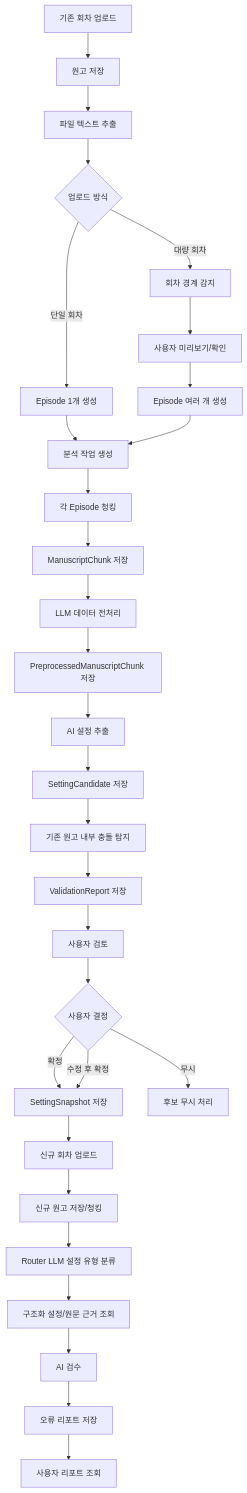
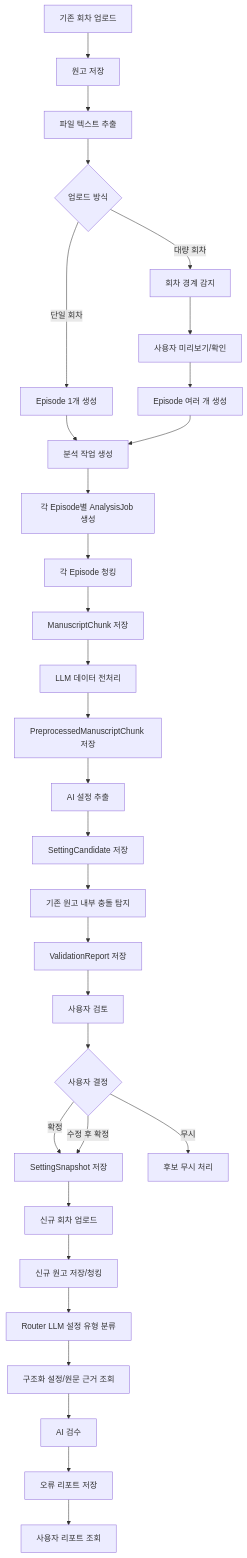
Before and after one commit to catchhole-soma/catchhole-backend-java: the third of 10 diagrams in docs/analysis-workflow.md, drawn with Mermaid. The commit also changed other lines of this file and 4 other files, not shown here.

````diff
--- a/docs/analysis-workflow.md
+++ b/docs/analysis-workflow.md
@@ -56,32 +58,33 @@
 ```mermaid
 flowchart TD
     A["기존 회차 업로드"] --> B["원고 저장"]
     B --> B1["파일 텍스트 추출"]
     B1 --> B2{"업로드 방식"}
     B2 -->|단일 회차| B3["Episode 1개 생성"]
     B2 -->|대량 회차| B4["회차 경계 감지"]
     B4 --> B5["사용자 미리보기/확인"]
     B5 --> B6["Episode 여러 개 생성"]
     B3 --> C["분석 작업 생성"]
     B6 --> C
-    C --> C1["각 Episode 청킹"]
+    C --> C0["각 Episode별 AnalysisJob 생성"]
+    C0 --> C1["각 Episode 청킹"]
     C1 --> D["ManuscriptChunk 저장"]
     D --> R["LLM 데이터 전처리"]
     R --> R1["PreprocessedManuscriptChunk 저장"]
     R1 --> E["AI 설정 추출"]
     E --> F["SettingCandidate 저장"]
     F --> F1["기존 원고 내부 충돌 탐지"]
     F1 --> F2["ValidationReport 저장"]
     F2 --> G["사용자 검토"]
     G --> H{"사용자 결정"}
     H -->|확정| I["SettingSnapshot 저장"]
     H -->|수정 후 확정| I
     H -->|무시| J["후보 무시 처리"]
     I --> K["신규 회차 업로드"]
     K --> L["신규 원고 저장/청킹"]
     L --> M["Router LLM 설정 유형 분류"]
     M --> N["구조화 설정/원문 근거 조회"]
     N --> Q["AI 검수"]
     Q --> O["오류 리포트 저장"]
     O --> P["사용자 리포트 조회"]
 ```
````
